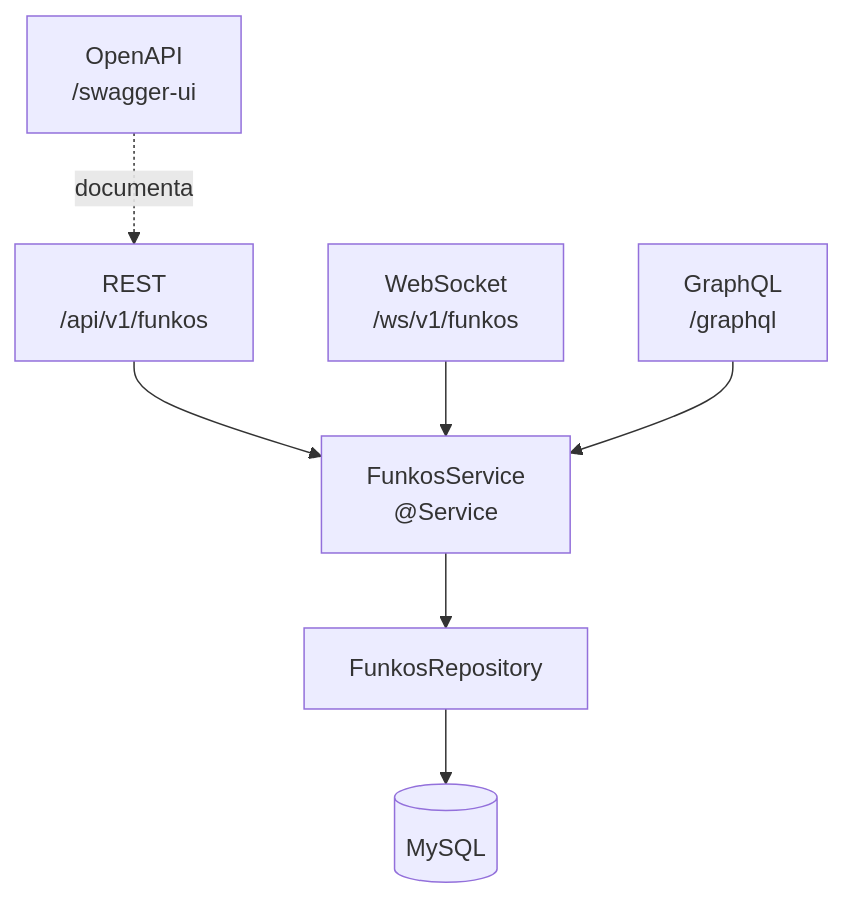
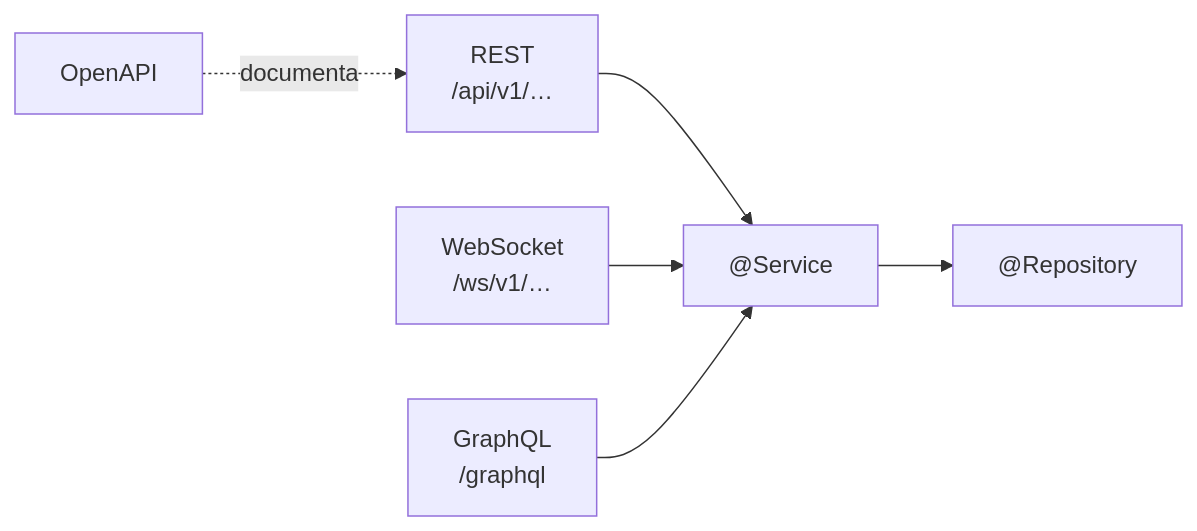
Before and after one commit to campusdevfp/dwes2627: the diagram in docs/ut6/index.md, drawn with Mermaid. The commit also changed other lines of this file and 26 other files, not shown here.

````diff
--- a/docs/ut6/index.md
+++ b/docs/ut6/index.md
@@ -17,9 +26,8 @@
     ```mermaid
-    graph TB
-        REST["REST<br/>/api/v1/funkos"] --> S["FunkosService<br/>@Service"]
-        WS["WebSocket<br/>/ws/v1/funkos"] --> S
+    flowchart LR
+        REST["REST<br/>/api/v1/…"] --> S["@Service"]
+        WS["WebSocket<br/>/ws/v1/…"] --> S
         GQL["GraphQL<br/>/graphql"] --> S
-        S --> R["FunkosRepository"]
-        R --> BD[("MySQL")]
-        DOC["OpenAPI<br/>/swagger-ui"] -.->|documenta| REST
+        S --> R["@Repository"]
+        DOC["OpenAPI"] -.->|documenta| REST
     ```
````
